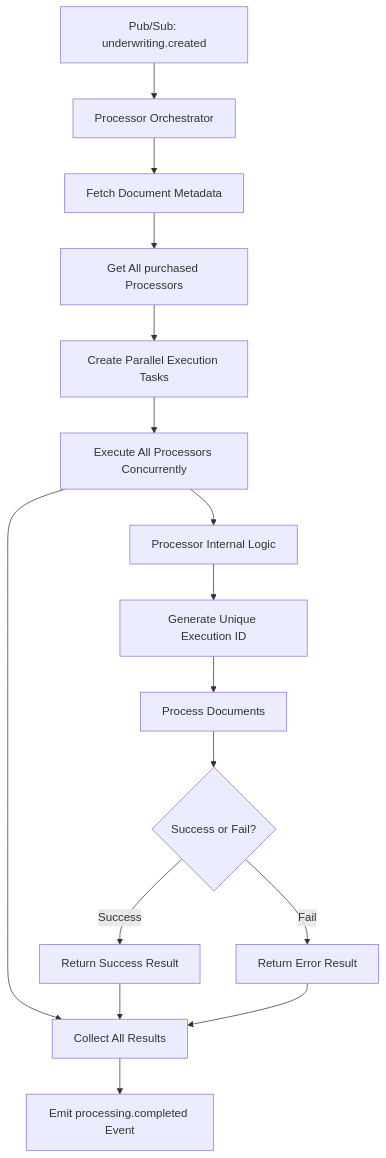
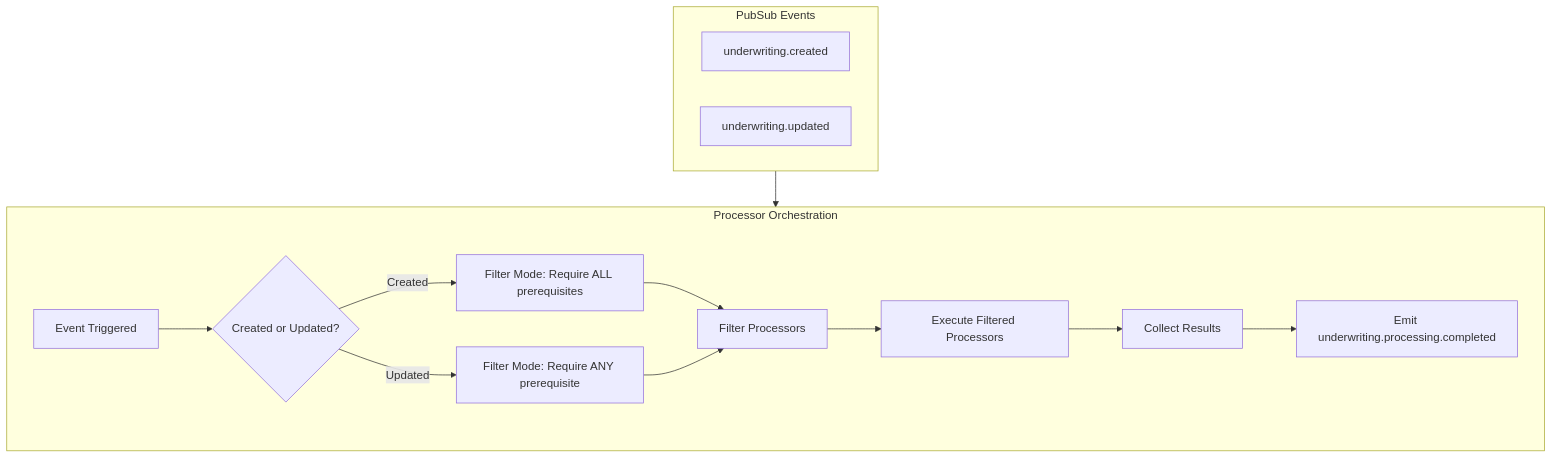
The first of 2 diagrams in docs/processing_engine/processor_orchestrator.md (joowd-k9/clear-api-test), drawn with Mermaid before and after one commit. The commit also changed other lines of this file and 6 other files, not shown here.

````diff
--- a/docs/processing_engine/processor_orchestrator.md
+++ b/docs/processing_engine/processor_orchestrator.md
@@ -16,19 +17,29 @@
 ```mermaid
 graph TD
-    A[Pub/Sub: underwriting.created] --> B[Processor Orchestrator]
-    B --> C[Fetch Document Metadata]
-    C --> D[Get All purchased Processors]
-    D --> E[Create Parallel Execution Tasks]
-    E --> F[Execute All Processors Concurrently]
-    F --> G[Collect All Results]
-    G --> H[Emit processing.completed Event]
-    
-    F --> I[Processor Internal Logic]
-    I --> J[Generate Unique Execution ID]
-    J --> K[Process Documents]
-    K --> L{Success or Fail?}
-    L -->|Success| M[Return Success Result]
-    L -->|Fail| N[Return Error Result]
-    M --> G
-    N --> G
+    subgraph Events["PubSub Events"]
+        A[underwriting.created]
+        C[underwriting.updated]
+    end
+
+    subgraph Orchestration["Processor Orchestration"]
+        B[Event Triggered]
+        H{Created or Updated?}
+        I[Filter Mode: Require ALL prerequisites]
+        J[Filter Mode: Require ANY prerequisite]
+        D[Filter Processors]
+        E[Execute Filtered Processors]
+        F[Collect Results]
+        G[Emit underwriting.processing.completed]
+    end
+
+    Events --> Orchestration
+    B --> H
+    H -->|Created| I
+    H -->|Updated| J
+    I --> D
+    J --> D
+    D --> E
+    E --> F
+    F --> G
+
 ```
````
